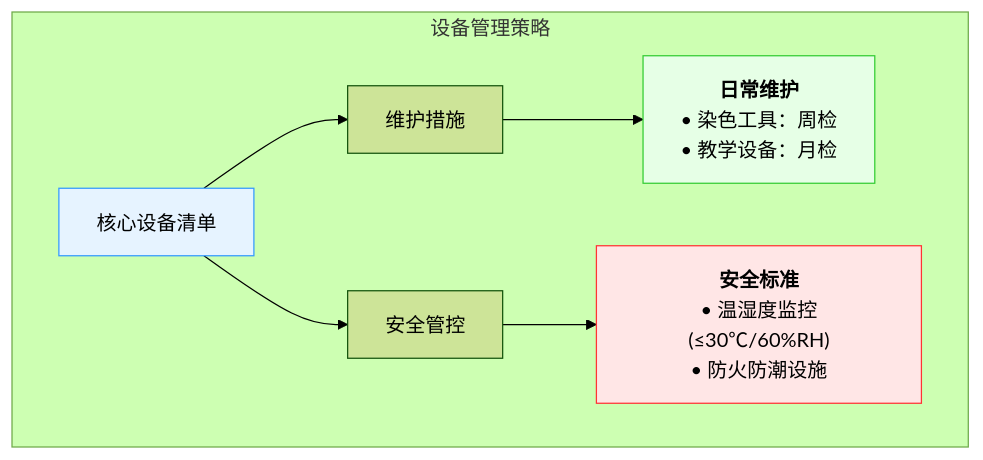
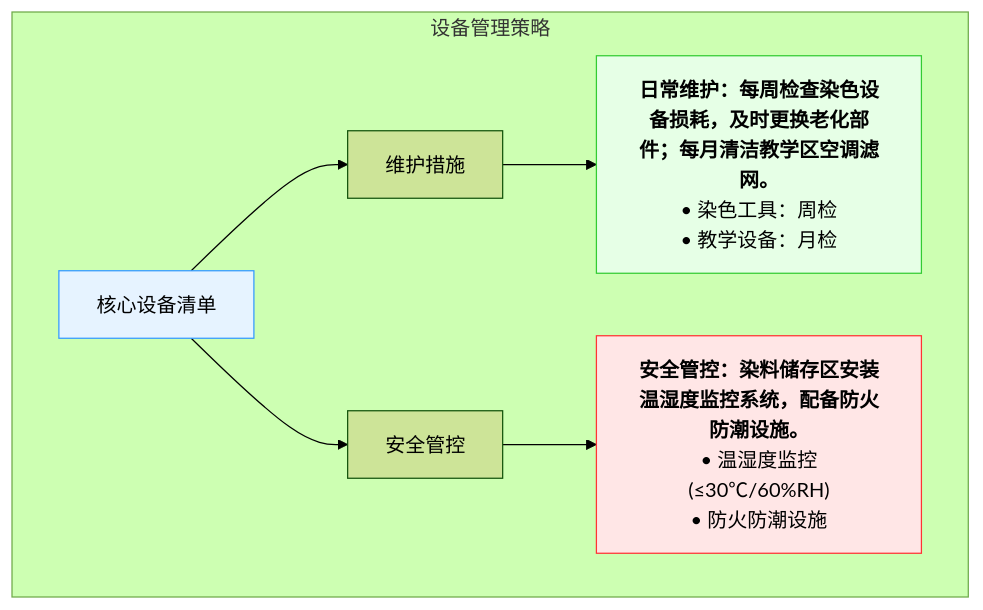
The ninth of 10 diagrams in README.md (NaturalRice/git-demo), drawn with Mermaid (forest theme) before and after one commit. The commit also changed other lines of this file, not shown here.

````diff
--- a/README.md
+++ b/README.md
@@ -116,14 +116,14 @@
 ```mermaid
 flowchart TB
     subgraph 设备管理策略
         A[核心设备清单] --> B[维护措施]
         A --> C[安全管控]
         
-        B --> D["<b>日常维护</b>\n• 染色工具：周检\n• 教学设备：月检"]
-        C --> E["<b>安全标准</b>\n• 温湿度监控(≤30℃/60%RH)\n• 防火防潮设施"]
+        B --> D["<b>日常维护：每周检查染色设备损耗，及时更换老化部件；每月清洁教学区空调滤网。</b>\n• 染色工具：周检\n• 教学设备：月检"]
+        C --> E["<b>安全管控：染料储存区安装温湿度监控系统，配备防火防潮设施。</b>\n• 温湿度监控(≤30℃/60%RH)\n• 防火防潮设施"]
         
         style A fill:#e6f3ff,stroke:#3399ff
         style D fill:#e6ffe6,stroke:#33cc33
         style E fill:#ffe6e6,stroke:#ff3333
     end
 ```
````
